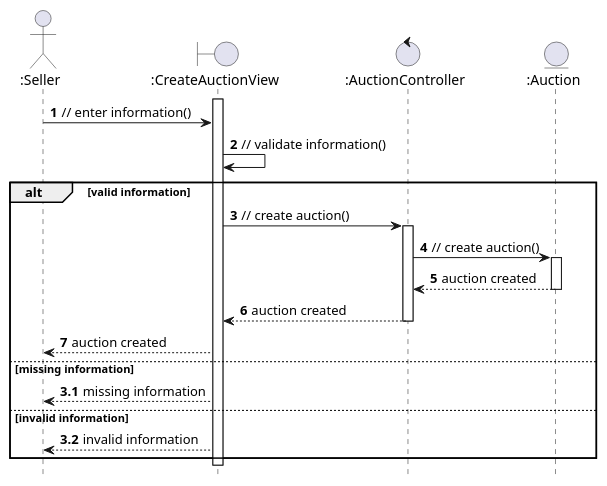
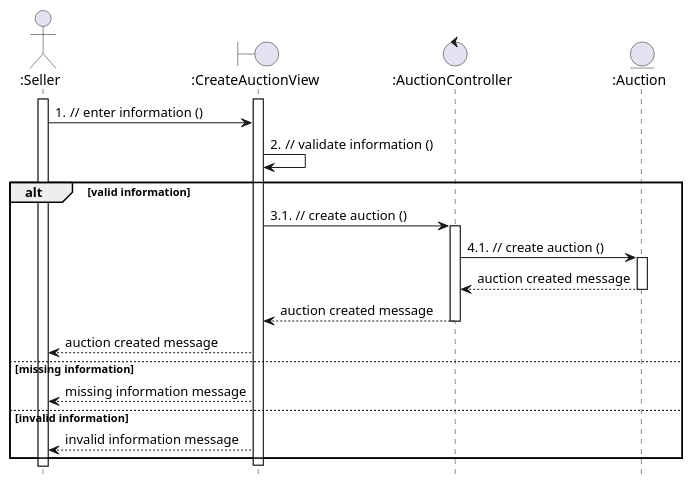
One commit to anhbanlinhle/velocity-exchange changed the diagram in uml/analysis/sequence/create-auction-session.pu. Above: the diagram before and after it, drawn with PlantUML. The commit also changed 13 other files, not shown here.

Commit message:
doc: update sequence and class analysis diagram new format

```diff
--- a/uml/analysis/sequence/create-auction-session.pu
+++ b/uml/analysis/sequence/create-auction-session.pu
@@ -1,30 +1,31 @@
 @startuml create_auction
 hide footbox
 actor ":Seller" as seller
 boundary ":CreateAuctionView" as view
 control ":AuctionController" as controller
 entity ":Auction" as auction
 
-autonumber
+autonumber 1 1 "0."
 
 activate view
-  seller -> view: // enter information()
-  view -> view: // validate information()
+activate seller
+  seller -> view: // enter information ()
+  view -> view: // validate information ()
+autonumber stop
   alt valid information
-    view -> controller ++: // create auction()
-    controller -> auction ++: // create auction()
-    auction --> controller --: auction created
-    controller --> view --: auction created
-    view --> seller: auction created
+    view -> controller ++: 3.1. // create auction ()
+    controller -> auction ++: 4.1. // create auction ()
+    auction --> controller --: auction created message
+    controller --> view --: auction created message
+    view --> seller: auction created message
 
 
 else missing information
-    autonumber 3.1
-    view --> seller: missing information
+    view --> seller: missing information message
 else invalid information
-  view --> seller: invalid information
+  view --> seller: invalid information message
 end
 deactivate view
 
 
 @enduml
```
